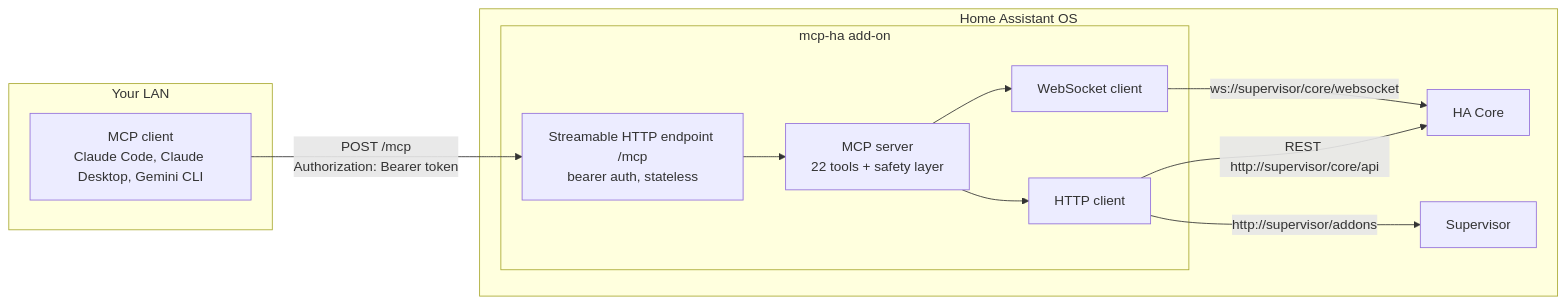
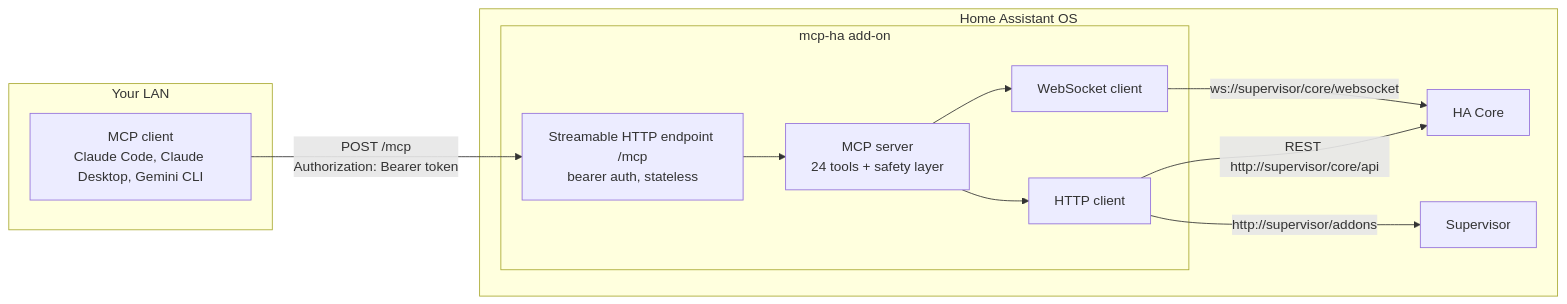
Before and after one commit to Devitek/mcp-ha: the first of 3 diagrams in docs/reference/architecture.md, drawn with Mermaid. The commit also changed 20 other files, not shown here.

````diff
--- a/docs/reference/architecture.md
+++ b/docs/reference/architecture.md
@@ -7,23 +7,23 @@
 ```mermaid
 flowchart LR
   subgraph lan["Your LAN"]
     C["MCP client<br/>Claude Code, Claude Desktop, Gemini CLI"]
   end
   subgraph haos["Home Assistant OS"]
     subgraph addon["mcp-ha add-on"]
       T["Streamable HTTP endpoint /mcp<br/>bearer auth, stateless"]
-      S["MCP server<br/>22 tools + safety layer"]
+      S["MCP server<br/>24 tools + safety layer"]
       W["WebSocket client"]
       H["HTTP client"]
       T --> S
       S --> W
       S --> H
     end
     CORE["HA Core"]
     SUP["Supervisor"]
     W -->|"ws://supervisor/core/websocket"| CORE
     H -->|"REST http://supervisor/core/api"| CORE
     H -->|"http://supervisor/addons"| SUP
   end
   C -->|"POST /mcp<br/>Authorization: Bearer token"| T
 ```
````
